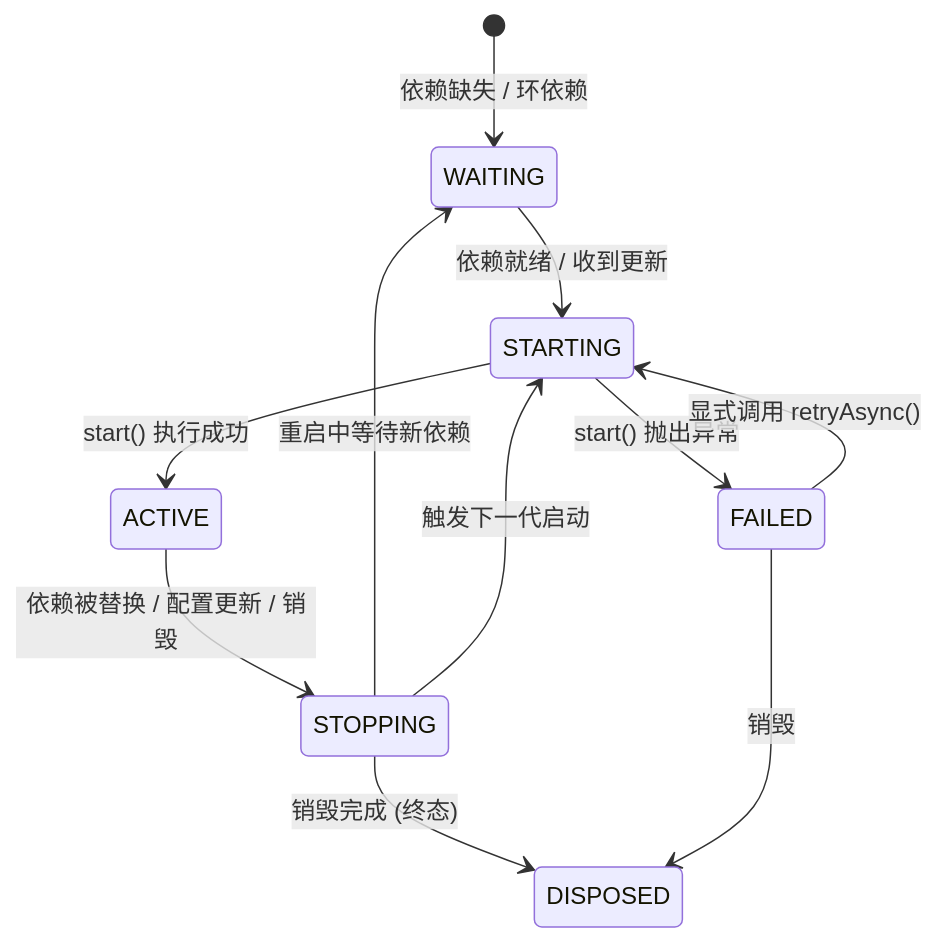
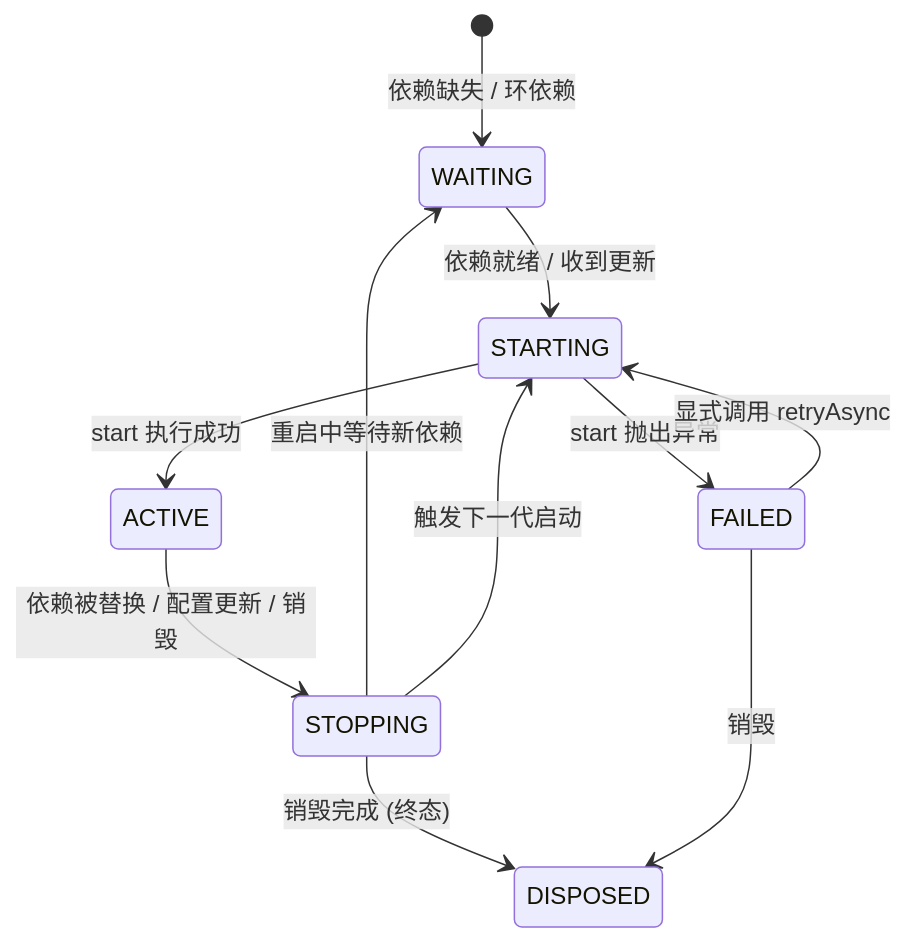
Before and after one commit to fjay/knotra: the diagram in docs/Knotra FAQ 与排障指南.md, drawn with Mermaid. The commit also changed other lines of this file and 7 other files, not shown here.

Commit message:
docs: 修复 Mermaid 图表语法并清理所有 emoji 表情

````diff
--- a/docs/Knotra FAQ 与排障指南.md
+++ b/docs/Knotra FAQ 与排障指南.md
@@ -36,13 +36,13 @@
 ```mermaid
 stateDiagram-v2
     [*] --> WAITING : 依赖缺失 / 环依赖
     WAITING --> STARTING : 依赖就绪 / 收到更新
-    STARTING --> ACTIVE : start() 执行成功
-    STARTING --> FAILED : start() 抛出异常
+    STARTING --> ACTIVE : start 执行成功
+    STARTING --> FAILED : start 抛出异常
     ACTIVE --> STOPPING : 依赖被替换 / 配置更新 / 销毁
     STOPPING --> WAITING : 重启中等待新依赖
     STOPPING --> STARTING : 触发下一代启动
     STOPPING --> DISPOSED : 销毁完成 (终态)
-    FAILED --> STARTING : 显式调用 retryAsync()
+    FAILED --> STARTING : 显式调用 retryAsync
     FAILED --> DISPOSED : 销毁
 ```
````
